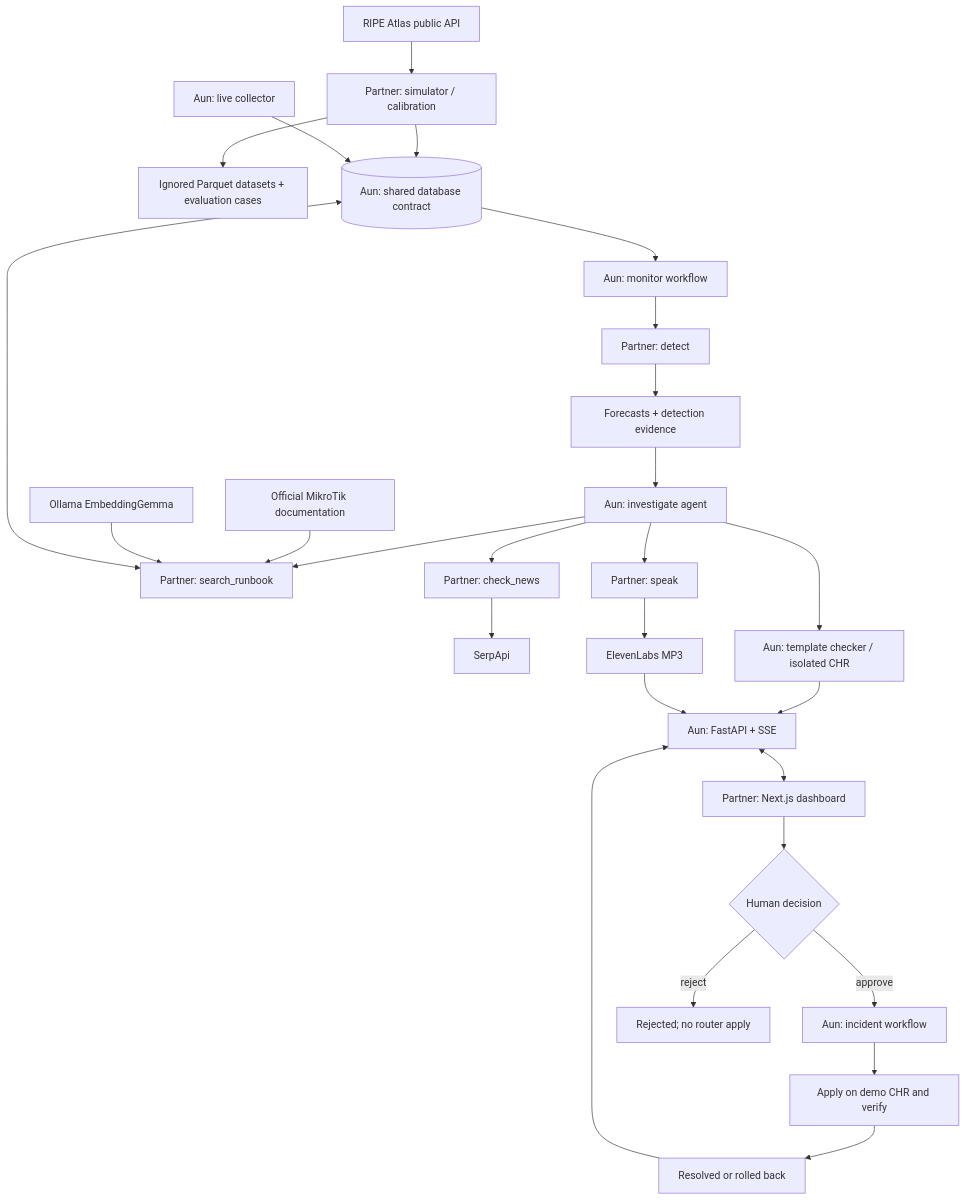
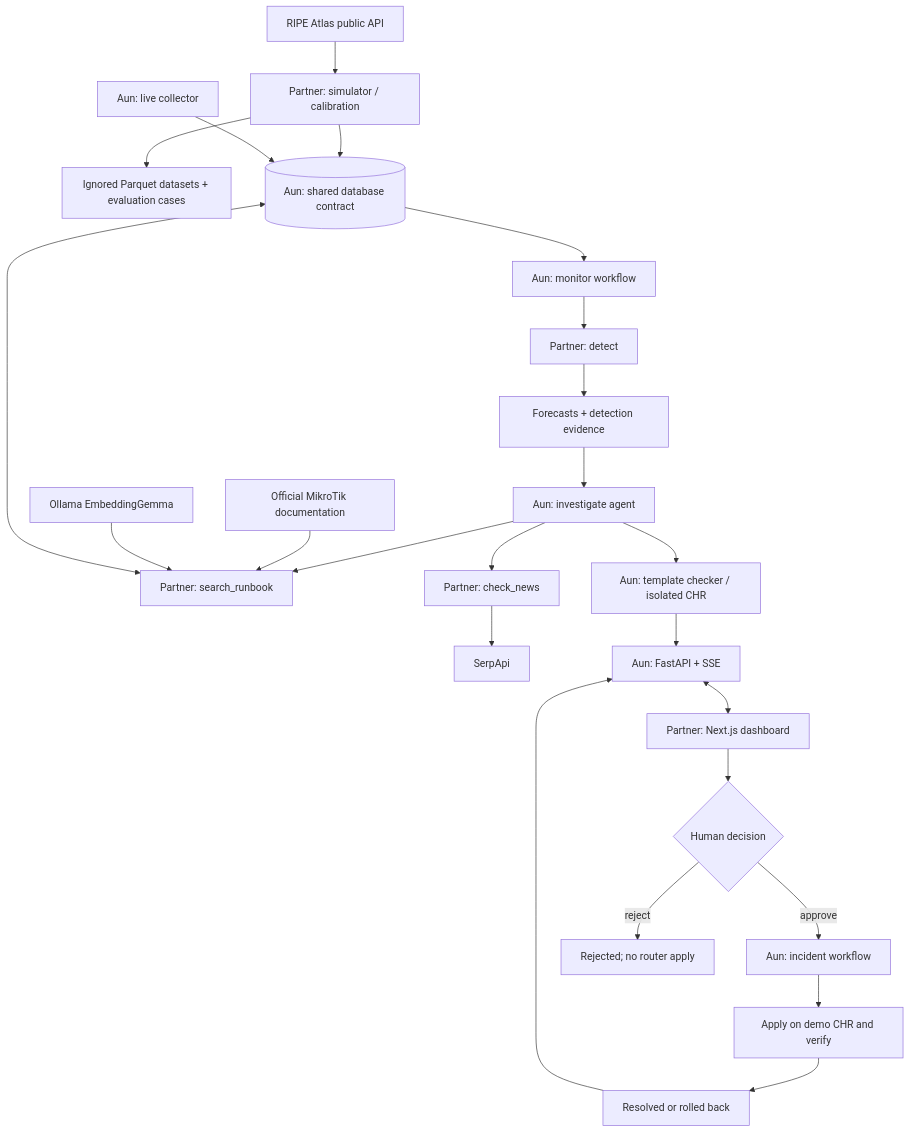
One commit to aunraza19/NetCortex changed the diagram in flow.md. Above: the diagram before and after it, drawn with Mermaid. The commit also changed other lines of this file and 60 other files, not shown here.

````diff
--- a/flow.md
+++ b/flow.md
@@ -7,29 +7,26 @@
 ```mermaid
 flowchart TD
     R[RIPE Atlas public API] --> S[Partner: simulator / calibration]
     S --> P[Ignored Parquet datasets + evaluation cases]
     S --> DB[(Aun: shared database contract)]
     C[Aun: live collector] --> DB
     DB --> W[Aun: monitor workflow]
     W --> D[Partner: detect]
     D --> F[Forecasts + detection evidence]
     F --> A[Aun: investigate agent]
     A --> K[Partner: search_runbook]
     MD[Official MikroTik documentation] --> K
     O[Ollama EmbeddingGemma] --> K
     K <--> DB
     A --> N[Partner: check_news]
     N --> SE[SerpApi]
     A --> X[Aun: template checker / isolated CHR]
     X --> API[Aun: FastAPI + SSE]
-    A --> V[Partner: speak]
-    V --> EL[ElevenLabs MP3]
-    EL --> API
     API <--> UI[Partner: Next.js dashboard]
     UI --> Q{Human decision}
     Q -->|approve| IW[Aun: incident workflow]
     Q -->|reject| REJ[Rejected; no router apply]
     IW --> VERIFY[Apply on demo CHR and verify]
     VERIFY --> END[Resolved or rolled back]
     END --> API
 ```
````
